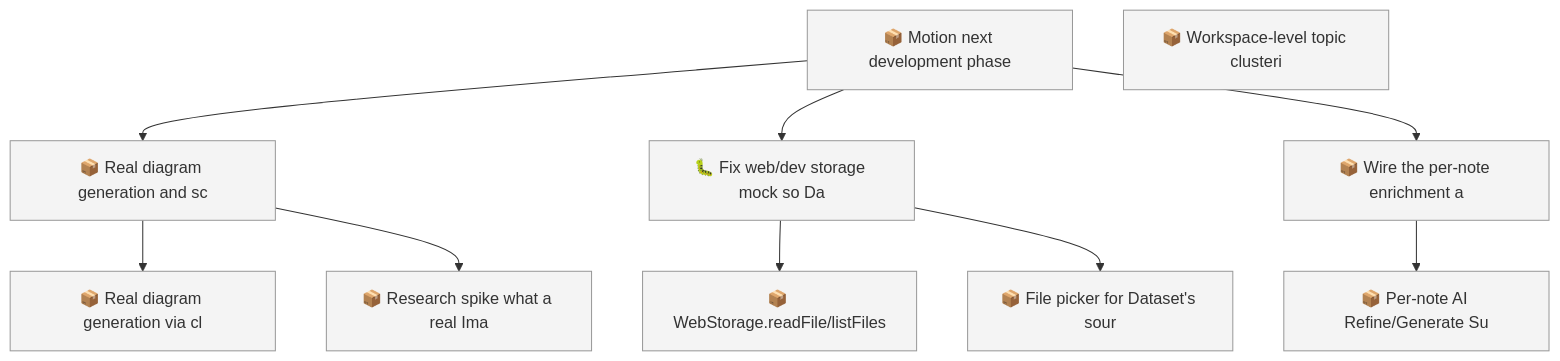
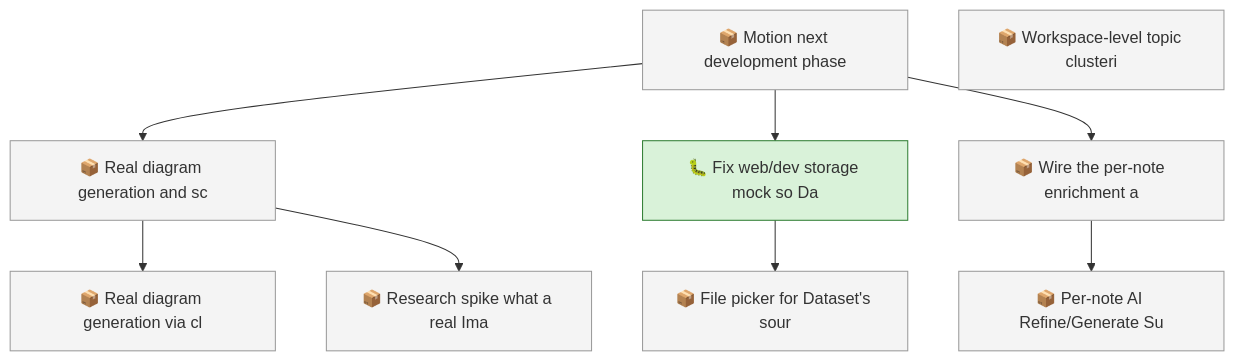
Before and after one commit to SpillwaveSolutions/motion: the first of 2 diagrams in docs/roadmap.md, drawn with Mermaid. The commit also changed other lines of this file and 15 other files, not shown here.

````diff
--- a/docs/roadmap.md
+++ b/docs/roadmap.md
@@ -46,23 +49,23 @@
 ```mermaid
 graph TD
     01KYFZ6RBHABFSC9K9NJ90168Q["📦 Motion next development phase"]
-    01KYFZ6RBJ18SB2ZCSFK06BNJ2["📦 WebStorage.readFile/listFiles"]
     01KYFZ6RBJ5718M3GQPAB76RHS["📦 Real diagram generation and sc"]
     01KYFZ6RBJC07FEQ0FT0KQ302M["🐛 Fix web/dev storage mock so Da"]
     01KYFZ6RBJCWMMF7THJZFB6943["📦 Real diagram generation via cl"]
     01KYFZ6RBJEYPZ9RX0F86490TM["📦 Research spike what a real Ima"]
     01KYFZ6RBJT7FG0G30WYS3YF6Q["📦 File picker for Dataset's sour"]
     01KYFZ6RBJV920SFW0MAN9MX9J["📦 Wire the per-note enrichment a"]
     01KYFZ6RBJZNYDT9AK2V0RA11T["📦 Per-note AI Refine/Generate Su"]
     01KYFZ8RGR06XBSG9CH4TEWYJY["📦 Workspace-level topic clusteri"]
-    01KYFZ6RBJC07FEQ0FT0KQ302M --> 01KYFZ6RBJ18SB2ZCSFK06BNJ2
     01KYFZ6RBHABFSC9K9NJ90168Q --> 01KYFZ6RBJ5718M3GQPAB76RHS
     01KYFZ6RBHABFSC9K9NJ90168Q --> 01KYFZ6RBJC07FEQ0FT0KQ302M
     01KYFZ6RBJ5718M3GQPAB76RHS --> 01KYFZ6RBJCWMMF7THJZFB6943
     01KYFZ6RBJ5718M3GQPAB76RHS --> 01KYFZ6RBJEYPZ9RX0F86490TM
     01KYFZ6RBJC07FEQ0FT0KQ302M --> 01KYFZ6RBJT7FG0G30WYS3YF6Q
     01KYFZ6RBHABFSC9K9NJ90168Q --> 01KYFZ6RBJV920SFW0MAN9MX9J
     01KYFZ6RBJV920SFW0MAN9MX9J --> 01KYFZ6RBJZNYDT9AK2V0RA11T
     classDef todo fill:#f4f4f4,stroke:#999999
-    class 01KYFZ6RBHABFSC9K9NJ90168Q,01KYFZ6RBJ18SB2ZCSFK06BNJ2,01KYFZ6RBJ5718M3GQPAB76RHS,01KYFZ6RBJC07FEQ0FT0KQ302M,01KYFZ6RBJCWMMF7THJZFB6943,01KYFZ6RBJEYPZ9RX0F86490TM,01KYFZ6RBJT7FG0G30WYS3YF6Q,01KYFZ6RBJV920SFW0MAN9MX9J,01KYFZ6RBJZNYDT9AK2V0RA11T,01KYFZ8RGR06XBSG9CH4TEWYJY todo
+    class 01KYFZ6RBHABFSC9K9NJ90168Q,01KYFZ6RBJ5718M3GQPAB76RHS,01KYFZ6RBJCWMMF7THJZFB6943,01KYFZ6RBJEYPZ9RX0F86490TM,01KYFZ6RBJT7FG0G30WYS3YF6Q,01KYFZ6RBJV920SFW0MAN9MX9J,01KYFZ6RBJZNYDT9AK2V0RA11T,01KYFZ8RGR06XBSG9CH4TEWYJY todo
+    classDef in_progress fill:#d9f2d9,stroke:#2e7d32
+    class 01KYFZ6RBJC07FEQ0FT0KQ302M in_progress
 ```
````
